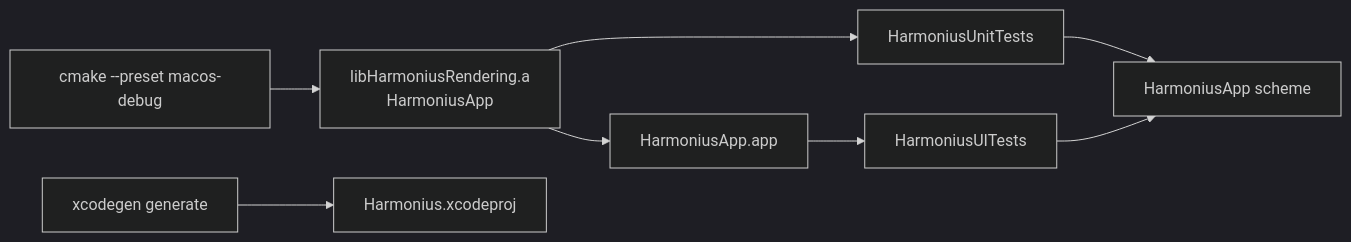
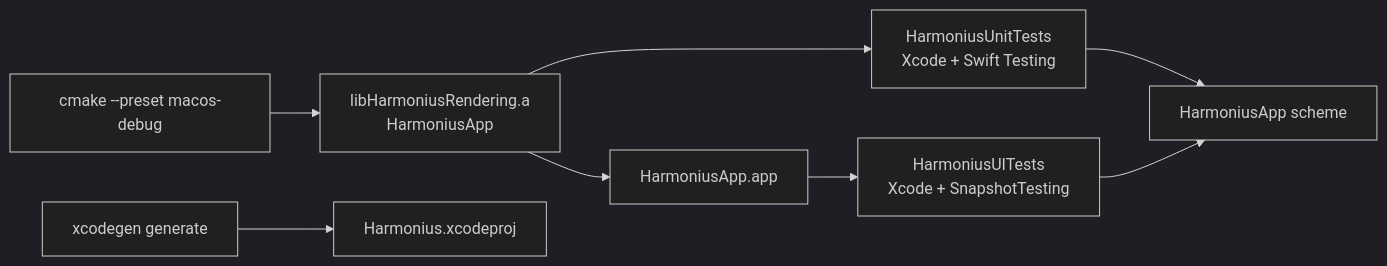
Before and after one commit to harmonius-dev/harmonius: the diagram in docs/testing.md, drawn with Mermaid (dark theme). The commit also changed other lines of this file and 11 other files, not shown here.

First line of the commit message:
Adopt swift-snapshot-testing for UI render snapshots.

````diff
--- a/docs/testing.md
+++ b/docs/testing.md
@@ -16,10 +16,10 @@
 ```mermaid
 flowchart LR
   cmake[cmake --preset macos-debug] --> lib[libHarmoniusRendering.a<br/>HarmoniusApp]
   xgen[xcodegen generate] --> proj[Harmonius.xcodeproj]
-  lib --> unit[HarmoniusUnitTests]
+  lib --> unit[HarmoniusUnitTests<br/>Xcode + Swift Testing]
   lib --> app[HarmoniusApp.app]
-  app --> ui[HarmoniusUITests]
+  app --> ui[HarmoniusUITests<br/>Xcode + SnapshotTesting]
   unit --> scheme[HarmoniusApp scheme]
   ui --> scheme
 ```
````
